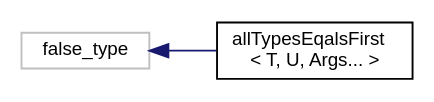
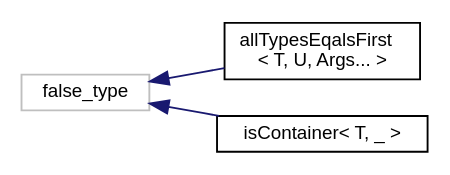
Before and after one commit to Rejdok/OTUSFourthTask: the diagram in inherit_graph_3.dot, drawn with Graphviz. The commit also changed 38 other files, not shown here.

```diff
--- a/inherit_graph_3.dot
+++ b/inherit_graph_3.dot
@@ -1,9 +1,11 @@
 digraph "Graphical Class Hierarchy"
 {
   edge [fontname="Helvetica",fontsize="10",labelfontname="Helvetica",labelfontsize="10"];
   node [fontname="Helvetica",fontsize="10",shape=record];
   rankdir="LR";
   Node1 [label="false_type",height=0.2,width=0.4,color="grey75", fillcolor="white", style="filled"];
   Node1 -> Node2 [dir="back",color="midnightblue",fontsize="10",style="solid",fontname="Helvetica"];
   Node2 [label="allTypesEqalsFirst\l\< T, U, Args... \>",height=0.2,width=0.4,color="black", fillcolor="white", style="filled",URL="$structall_types_eqals_first_3_01_t_00_01_u_00_01_args_8_8_8_01_4.html"];
+  Node1 -> Node3 [dir="back",color="midnightblue",fontsize="10",style="solid",fontname="Helvetica"];
+  Node3 [label="isContainer\< T, _ \>",height=0.2,width=0.4,color="black", fillcolor="white", style="filled",URL="$structis_container.html"];
 }
```
